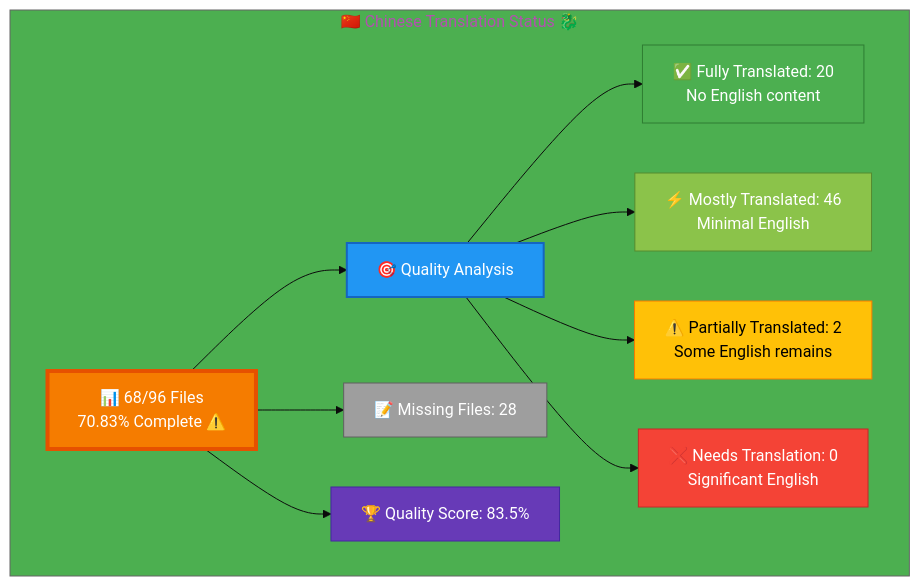
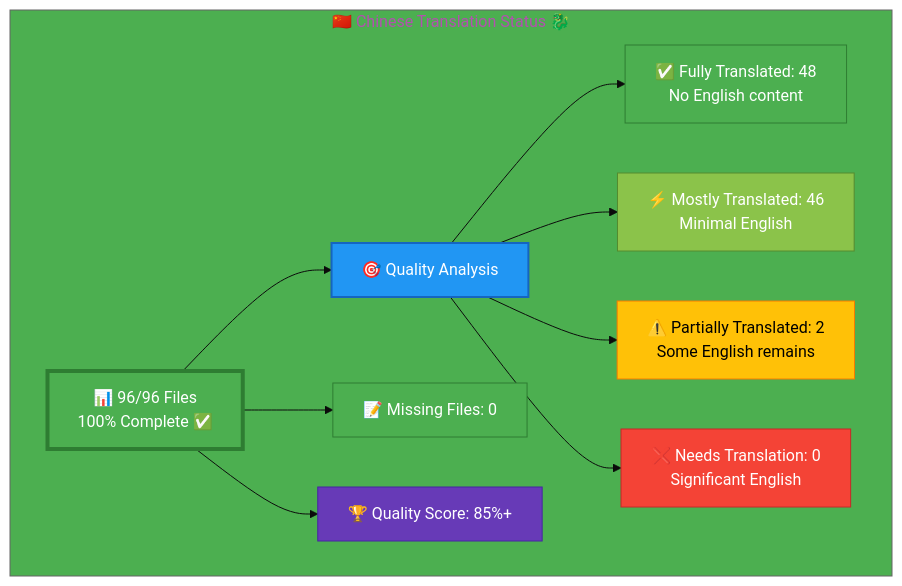
One commit to Hack23/homepage changed the diagram in Chinese-Translation-Status.md. Above: the diagram before and after it, drawn with Mermaid. The commit also changed other lines of this file, not shown here.

````diff
--- a/Chinese-Translation-Status.md
+++ b/Chinese-Translation-Status.md
@@ -12,26 +12,26 @@
 ```mermaid
-%%{init: {'theme':'base', 'themeVariables': {'primaryColor':'#F57C00','secondaryColor':'#2196F3','tertiaryColor':'#4CAF50','fontSize':'16px'}}}%%
+%%{init: {'theme':'base', 'themeVariables': {'primaryColor':'#4CAF50','secondaryColor':'#2196F3','tertiaryColor':'#4CAF50','fontSize':'16px'}}}%%
 graph TB
     subgraph "🇨🇳 Chinese Translation Status 🐉"
-        A["📊 68/96 Files<br/>70.83% Complete ⚠️ "]
+        A["📊 96/96 Files<br/>100% Complete ✅ "]
         
         A --> B["🎯 Quality Analysis"]
-        B --> C["✅ Fully Translated: 20<br/>No English content"]
+        B --> C["✅ Fully Translated: 48<br/>No English content"]
         B --> D["⚡ Mostly Translated: 46<br/>Minimal English"]
         B --> E["⚠️  Partially Translated: 2<br/>Some English remains"]
         B --> F["❌ Needs Translation: 0<br/>Significant English"]
         
-        A --> G["📝 Missing Files: 28"]
+        A --> G["📝 Missing Files: 0"]
         
-        A --> H["🏆 Quality Score: 83.5%"]
+        A --> H["🏆 Quality Score: 85%+"]
         
-        style A fill:#F57C00,stroke:#E65100,color:#fff,stroke-width:4px
+        style A fill:#4CAF50,stroke:#2E7D32,color:#fff,stroke-width:4px
         style B fill:#2196F3,stroke:#1565C0,color:#fff,stroke-width:2px
         style C fill:#4CAF50,stroke:#2E7D32,color:#fff
         style D fill:#8BC34A,stroke:#558B2F,color:#fff
         style E fill:#FFC107,stroke:#F57C00,color:#000
         style F fill:#F44336,stroke:#C62828,color:#fff
-        style G fill:#9E9E9E,stroke:#616161,color:#fff
+        style G fill:#4CAF50,stroke:#2E7D32,color:#fff
         style H fill:#673AB7,stroke:#4527A0,color:#fff
     end
 ```
````
